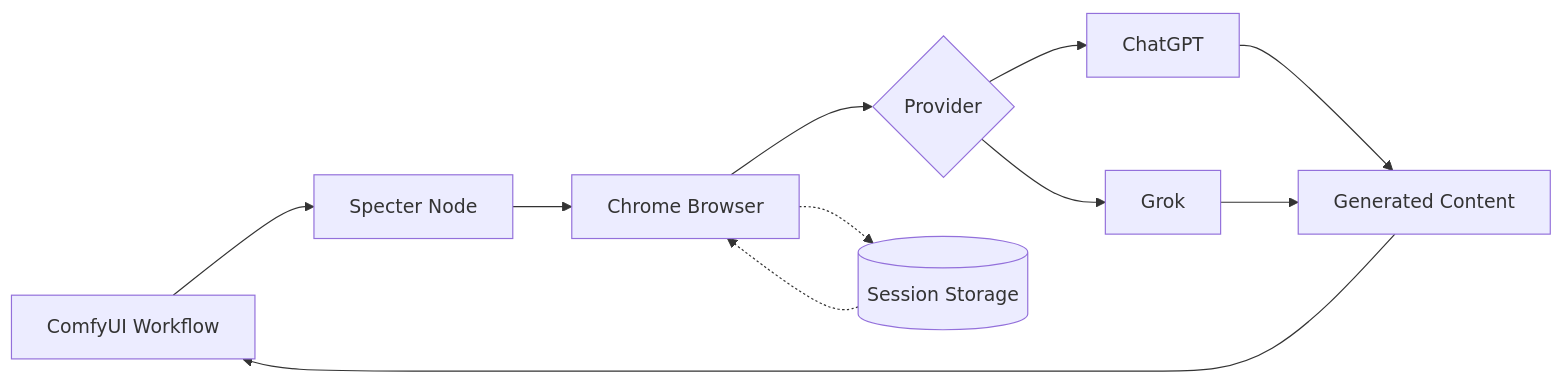
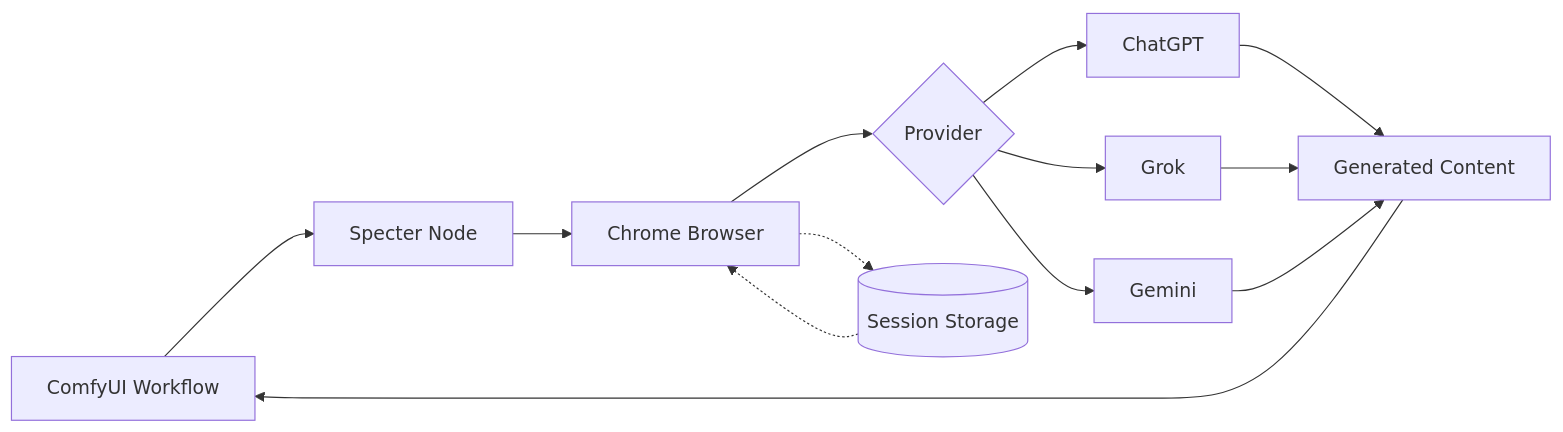
The diagram in README.md (lars-hagen/ComfyUI-Specter), drawn with Mermaid before and after one commit. The commit also changed other lines of this file and 39 other files, not shown here.

````diff
--- a/README.md
+++ b/README.md
@@ -17,14 +17,16 @@
 ```mermaid
 flowchart LR
     A[ComfyUI Workflow] --> B[Specter Node]
     B --> C[Chrome Browser]
     C --> D{Provider}
     D --> E[ChatGPT]
     D --> F[Grok]
-    E --> G[Generated Content]
-    F --> G
-    G --> A
+    D --> G[Gemini]
+    E --> H[Generated Content]
+    F --> H
+    G --> H
+    H --> A
 
-    C -.-> H[(Session Storage)]
-    H -.-> C
+    C -.-> I[(Session Storage)]
+    I -.-> C
 ```
````
